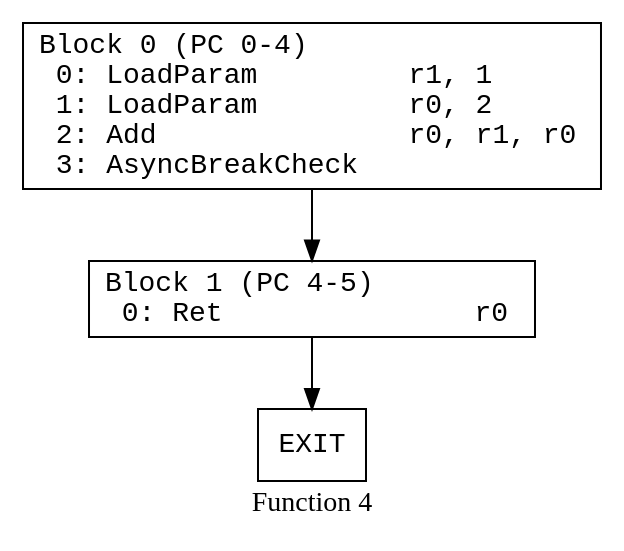
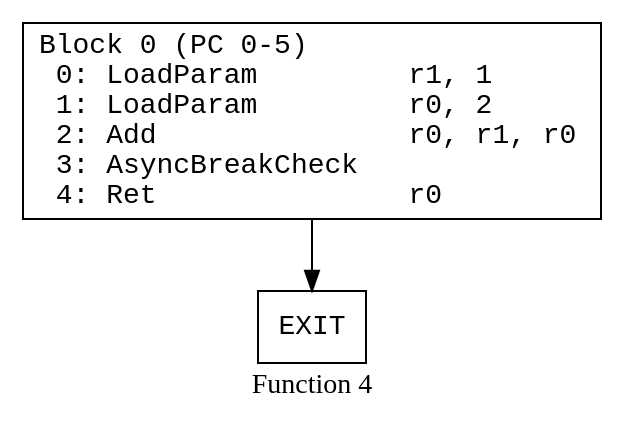
The diagram in data/individual_pdfs/cjs-show-source_function_4.dot (kroo/hermes-dec-rs), drawn with Graphviz before and after one commit. The commit also changed 116 other files, not shown here.

```diff
--- a/data/individual_pdfs/cjs-show-source_function_4.dot
+++ b/data/individual_pdfs/cjs-show-source_function_4.dot
@@ -1,18 +1,16 @@
 // Function 4 from cjs-show-source
 // Generated from data/cjs-show-source.dot
 
 digraph {
   rankdir=TB;
   node [shape=box, fontname="monospace"];
 
   label = "Function 4";
   style = filled;
   color = lightgrey;
 
-  f4_n0 [ label = "Block 0 (PC 0-4)\l  0: LoadParam         r1, 1\l  1: LoadParam         r0, 2\l  2: Add               r0, r1, r0\l  3: AsyncBreakCheck   \l" ]
-  f4_n1 [ label = "Block 1 (PC 4-5)\l  0: Ret               r0\l" ]
-  f4_n2 [ label = "EXIT" ]
+  f4_n0 [ label = "Block 0 (PC 0-5)\l  0: LoadParam         r1, 1\l  1: LoadParam         r0, 2\l  2: Add               r0, r1, r0\l  3: AsyncBreakCheck   \l  4: Ret               r0\l" ]
+  f4_n1 [ label = "EXIT" ]
 
   f4_n0 -> f4_n1
-  f4_n1 -> f4_n2
 }
```
